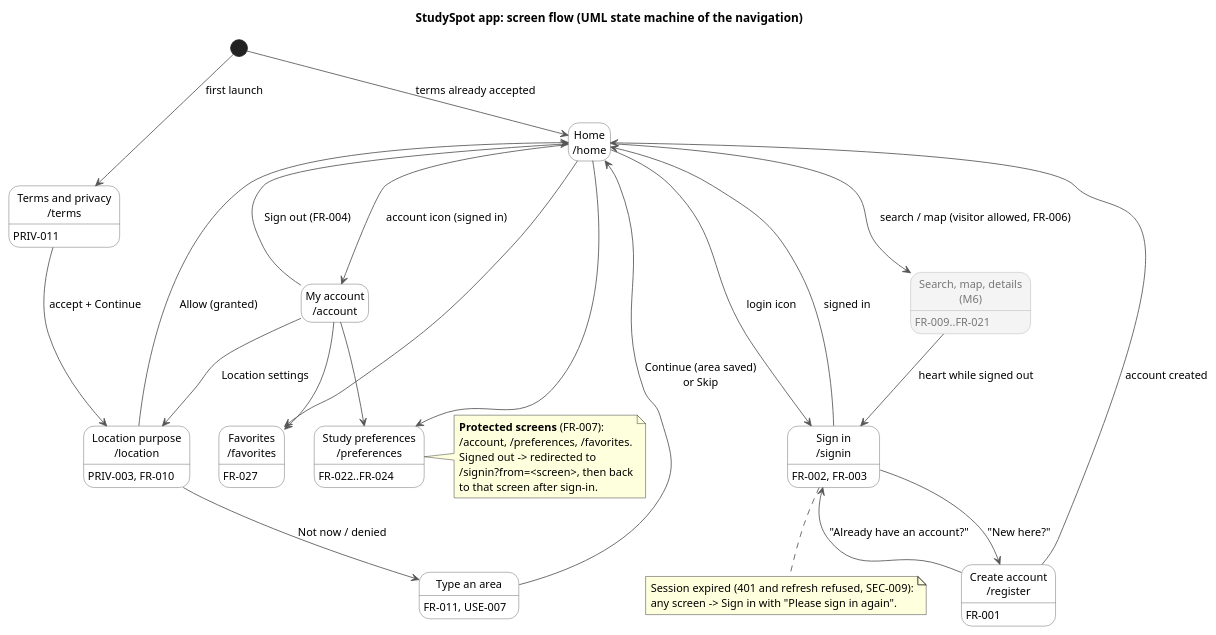
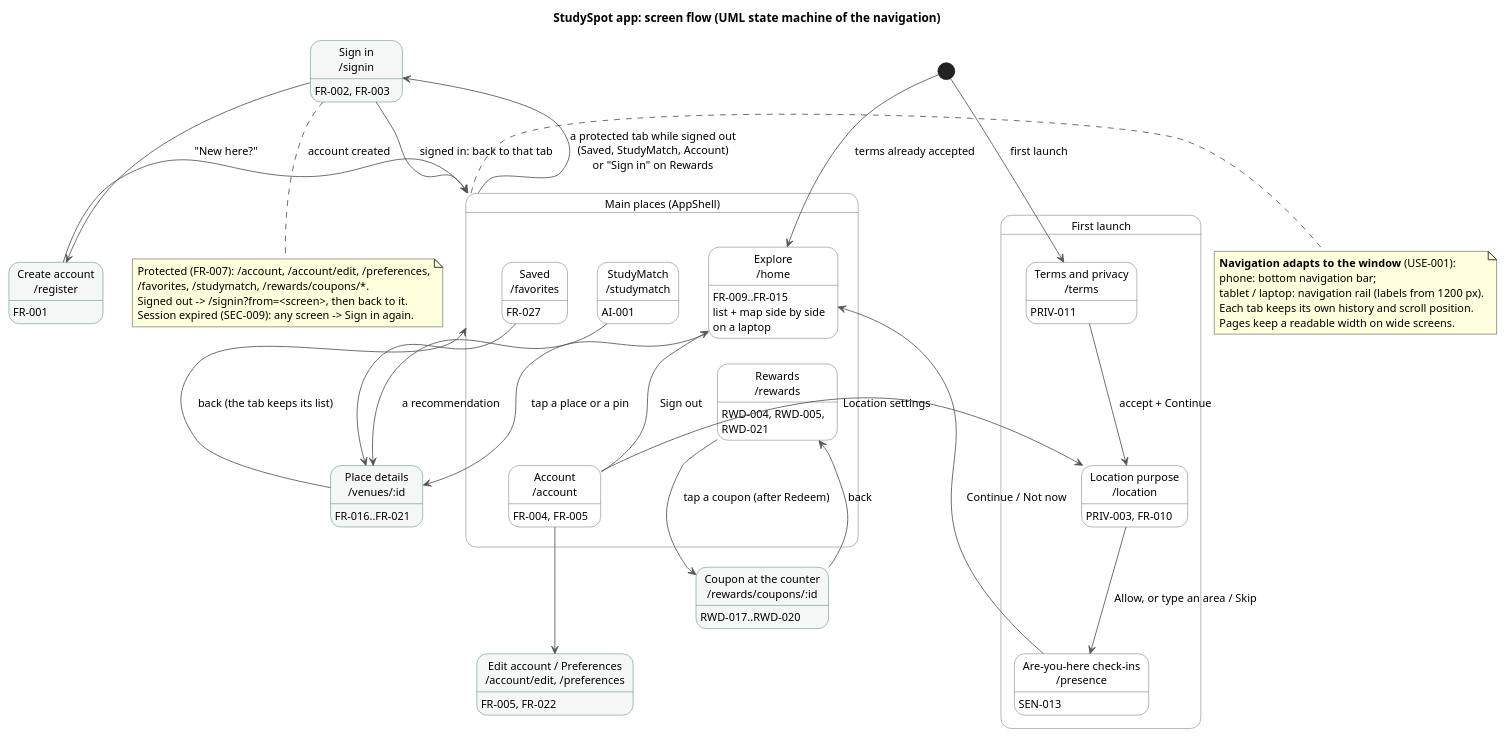
The diagram in docs/architecture/uml/app-screen-flow.puml (yasmeennasrr/StudySpot), drawn with PlantUML before and after one commit. The commit also changed 47 other files, not shown here.

Commit message:
PB-24..PB-27, PB-38: points, coupons, e-mail, activation, expiry; adaptive navigation (DRS feedback)

```diff
--- a/docs/architecture/uml/app-screen-flow.puml
+++ b/docs/architecture/uml/app-screen-flow.puml
@@ -1,66 +1,78 @@
 @startuml app-screen-flow
-' SDS v0.3 Section 14 (M5): app screen flow (Sprint 1).
-' Routes and rules: app/lib/core/routing/router.dart (appRedirect).
+' SDS v0.3 Section 14 (M5/M6): app screen flow, Sprint 3 (DRS feedback: logical flow, responsive).
+' Routes and rules: app/lib/core/routing/router.dart (appRedirect) and app_shell.dart.
 skinparam shadowing false
 skinparam defaultFontName Helvetica
 skinparam defaultFontSize 13
 skinparam ArrowColor #555555
 skinparam state {
   BackgroundColor white
   BorderColor #555555
-  BackgroundColor<<m6>> #F4F4F4
-  BorderColor<<m6>> #AAAAAA
-  FontColor<<m6>> #777777
+  BackgroundColor<<task>> #F4F7F5
+  BorderColor<<task>> #2E6B5E
 }
 hide empty description
 
 title StudySpot app: screen flow (UML state machine of the navigation)
 
-state "Terms and privacy\n/terms" as Terms : PRIV-011
-state "Location purpose\n/location" as Location : PRIV-003, FR-010
-state "Type an area" as Area : FR-011, USE-007
-state "Home\n/home" as Home
-state "Sign in\n/signin" as SignIn : FR-002, FR-003
-state "Create account\n/register" as Register : FR-001
-state "My account\n/account" as Account
-state "Study preferences\n/preferences" as Prefs : FR-022..FR-024
-state "Favorites\n/favorites" as Favs : FR-027
-state "Search, map, details\n(M6)" as M6 <<m6>> : FR-009..FR-021
+state "First launch" as Onboarding {
+  state "Terms and privacy\n/terms" as Terms : PRIV-011
+  state "Location purpose\n/location" as Location : PRIV-003, FR-010
+  state "Are-you-here check-ins\n/presence" as Presence : SEN-013
+  Terms --> Location : accept + Continue
+  Location --> Presence : Allow, or type an area / Skip
+}
+
+state "Main places (AppShell)" as Shell {
+  state "Explore\n/home" as Explore : FR-009..FR-015\nlist + map side by side\non a laptop
+  state "Saved\n/favorites" as Saved : FR-027
+  state "StudyMatch\n/studymatch" as StudyMatch : AI-001
+  state "Rewards\n/rewards" as Rewards : RWD-004, RWD-005,\nRWD-021
+  state "Account\n/account" as Account : FR-004, FR-005
+  ' Any tab to any tab in one tap; hidden links only set the order.
+  Explore -[hidden]right-> Saved
+  Saved -[hidden]right-> StudyMatch
+  StudyMatch -[hidden]right-> Rewards
+  Rewards -[hidden]right-> Account
+}
+
+state "Place details\n/venues/:id" as Details <<task>> : FR-016..FR-021
+state "Coupon at the counter\n/rewards/coupons/:id" as Coupon <<task>> : RWD-017..RWD-020
+state "Sign in\n/signin" as SignIn <<task>> : FR-002, FR-003
+state "Create account\n/register" as Register <<task>> : FR-001
+state "Edit account / Preferences\n/account/edit, /preferences" as Settings <<task>> : FR-005, FR-022
 
 [*] --> Terms : first launch
-[*] --> Home : terms already accepted
-Terms --> Location : accept + Continue
-Location --> Home : Allow (granted)
-Location --> Area : Not now / denied
-Area --> Home : Continue (area saved)\nor Skip
+[*] --> Explore : terms already accepted
+Presence --> Explore : Continue / Not now
 
-Home --> M6 : search / map (visitor allowed, FR-006)
-M6 --> SignIn : heart while signed out
-Home --> SignIn : login icon
+Explore --> Details : tap a place or a pin
+Saved --> Details
+StudyMatch --> Details : a recommendation
+Rewards --> Coupon : tap a coupon (after Redeem)
+Account --> Settings
+Account --> Location : Location settings
+
+Shell --> SignIn : a protected tab while signed out\n(Saved, StudyMatch, Account)\nor "Sign in" on Rewards
 SignIn --> Register : "New here?"
-Register --> SignIn : "Already have an account?"
-SignIn --> Home : signed in
-Register --> Home : account created
+SignIn --> Shell : signed in: back to that tab
+Register --> Shell : account created
+Details --> Shell : back (the tab keeps its list)
+Coupon --> Rewards : back
+Account --> Explore : Sign out
 
-Home --> Account : account icon (signed in)
-Account --> Prefs
-Account --> Favs
-Account --> Location : Location settings
-Account --> Home : Sign out (FR-004)
-
-Home --> Prefs
-Home --> Favs
-
-note right of Prefs
-  <b>Protected screens</b> (FR-007):
-  /account, /preferences, /favorites.
-  Signed out -> redirected to
-  /signin?from=<screen>, then back
-  to that screen after sign-in.
+note right of Shell
+  <b>Navigation adapts to the window</b> (USE-001):
+  phone: bottom navigation bar;
+  tablet / laptop: navigation rail (labels from 1200 px).
+  Each tab keeps its own history and scroll position.
+  Pages keep a readable width on wide screens.
 end note
 
 note bottom of SignIn
-  Session expired (401 and refresh refused, SEC-009):
-  any screen -> Sign in with "Please sign in again".
+  Protected (FR-007): /account, /account/edit, /preferences,
+  /favorites, /studymatch, /rewards/coupons/*.
+  Signed out -> /signin?from=<screen>, then back to it.
+  Session expired (SEC-009): any screen -> Sign in again.
 end note
 @enduml
```
